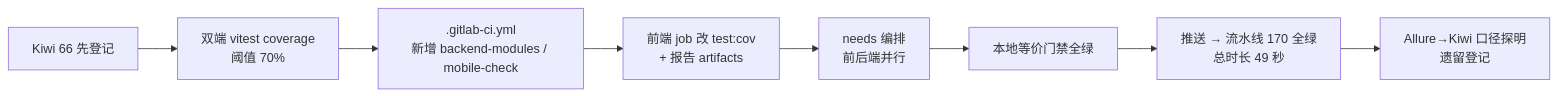
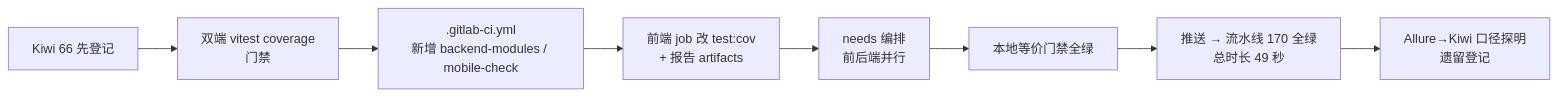
Before and after one commit to minjian123/basic-management-system: the diagram in bms文档/项目/01_项目骨架/任务/04_CI与阶段验收/04_CI与阶段验收_01_CI流水线激活/实施/01_实施_01_CI流水线激活.md, drawn with Mermaid. The commit also changed other lines of this file and 133 other files, not shown here.

````diff
--- a/bms文档/项目/01_项目骨架/任务/04_CI与阶段验收/04_CI与阶段验收_01_CI流水线激活/实施/01_实施_01_CI流水线激活.md
+++ b/bms文档/项目/01_项目骨架/任务/04_CI与阶段验收/04_CI与阶段验收_01_CI流水线激活/实施/01_实施_01_CI流水线激活.md
@@ -23,10 +23,10 @@
 ```mermaid
 flowchart LR
-    A[Kiwi 66 先登记] --> B[双端 vitest coverage<br/>阈值 70%]
+    A[Kiwi 66 先登记] --> B[双端 vitest coverage<br/>门禁]
     B --> C[.gitlab-ci.yml<br/>新增 backend-modules / mobile-check]
     C --> D[前端 job 改 test:cov<br/>+ 报告 artifacts]
     D --> E[needs 编排<br/>前后端并行]
     E --> F[本地等价门禁全绿]
     F --> G[推送 → 流水线 170 全绿<br/>总时长 49 秒]
     G --> H[Allure→Kiwi 口径探明<br/>遗留登记]
 ```
````
